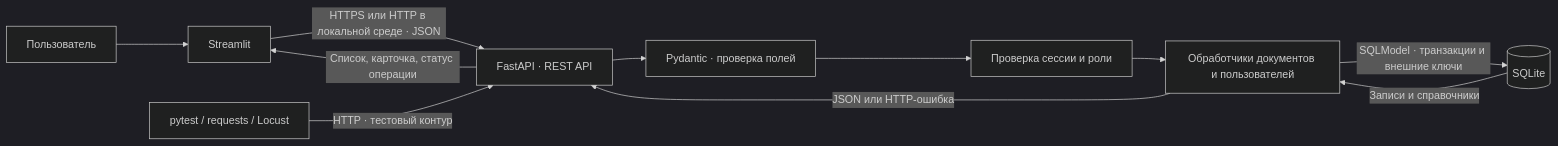
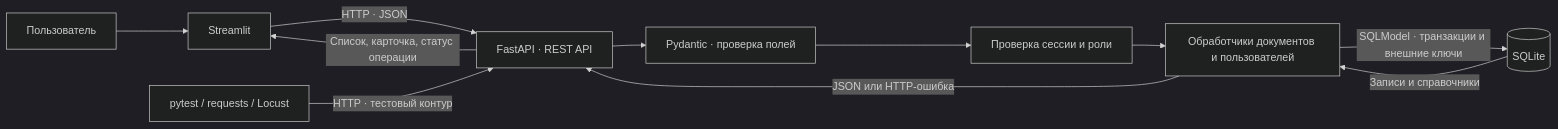
One commit to kasanovaaruzan74-oss/- changed the diagram in labs/08/README.md. Above: the diagram before and after it, drawn with Mermaid (dark theme). The commit also changed other lines of this file and 101 other files, not shown here.

````diff
--- a/labs/08/README.md
+++ b/labs/08/README.md
@@ -18,13 +18,13 @@
 ```mermaid
 flowchart LR
     person[Пользователь] --> ui[Streamlit]
-    ui -->|HTTPS или HTTP в локальной среде · JSON| api[FastAPI · REST API]
+    ui -->|HTTP · JSON| api[FastAPI · REST API]
     check[pytest / requests / Locust] -->|HTTP · тестовый контур| api
     api --> validation[Pydantic · проверка полей]
     validation --> auth[Проверка сессии и роли]
     auth --> service[Обработчики документов и пользователей]
     service -->|SQLModel · транзакции и внешние ключи| db[(SQLite)]
     db -->|Записи и справочники| service
     service -->|JSON или HTTP-ошибка| api
     api -->|Список, карточка, статус операции| ui
 ```
````
